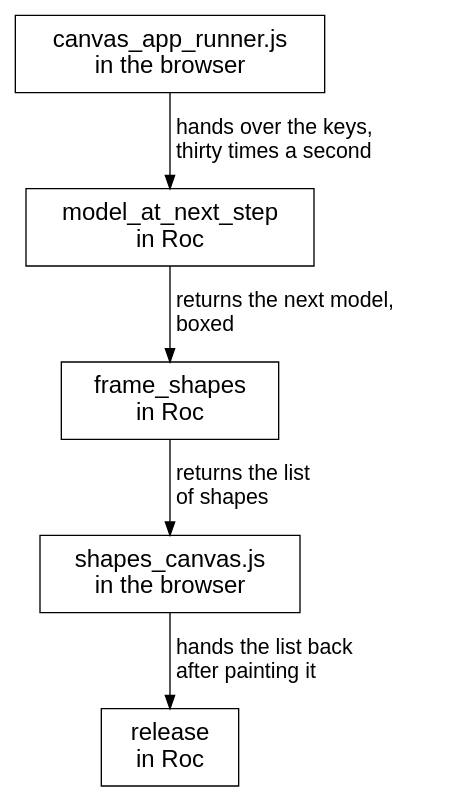
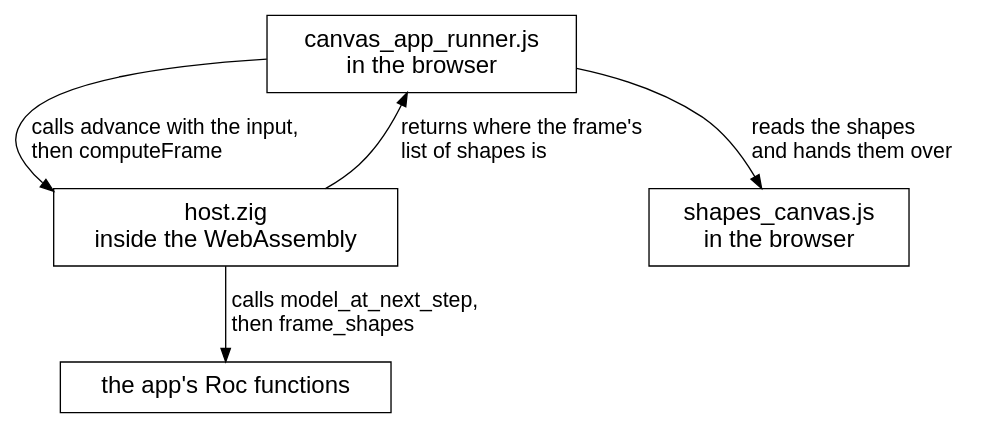
One commit to showell/roc-apps changed diagram 15 of 22 in canvas_apps/safari/tutorial/tutorial.md. Above: the diagram before and after it, drawn with Graphviz. The commit also changed other lines of this file and 4 other files, not shown here.

````diff
--- a/canvas_apps/safari/tutorial/tutorial.md
+++ b/canvas_apps/safari/tutorial/tutorial.md
@@ -2631,18 +2577,17 @@
 ```dot
 digraph one_tick {
   rankdir=TB;
   nodesep=0.6;
   ranksep=0.5;
   node [shape=box, fontname="Helvetica", fontsize=18, margin="0.25,0.12"];
   edge [fontname="Helvetica", fontsize=16];
   runner [label="canvas_app_runner.js\nin the browser"];
-  step [label="model_at_next_step\nin Roc"];
-  frame [label="frame_shapes\nin Roc"];
+  host [label="host.zig\ninside the WebAssembly"];
+  roc [label="the app's Roc functions"];
   paint [label="shapes_canvas.js\nin the browser"];
-  release [label="release\nin Roc"];
-  runner -> step [label="  hands over the keys,\l  thirty times a second\l"];
-  step -> frame [label="  returns the next model,\l  boxed\l"];
-  frame -> paint [label="  returns the list\l  of shapes\l"];
-  paint -> release [label="  hands the list back\l  after painting it\l"];
+  runner -> host [label="  calls advance with the input,\l  then computeFrame\l"];
+  host -> roc [label="  calls model_at_next_step,\l  then frame_shapes\l"];
+  host -> runner [label="  returns where the frame's\l  list of shapes is\l"];
+  runner -> paint [label="  reads the shapes\l  and hands them over\l"];
 }
 ```
````
